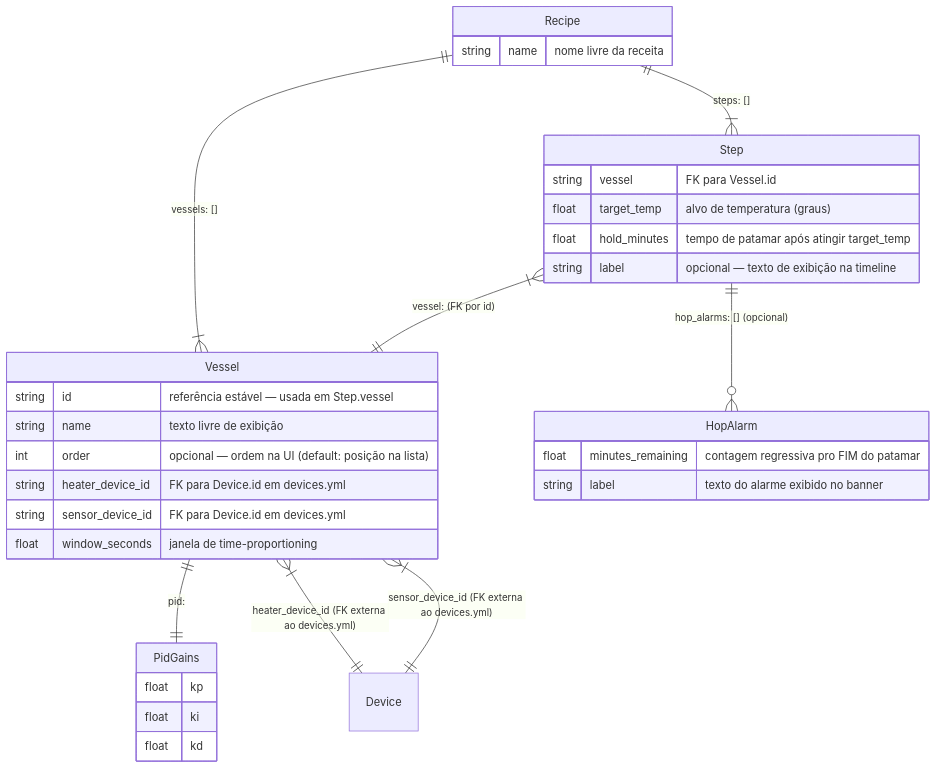
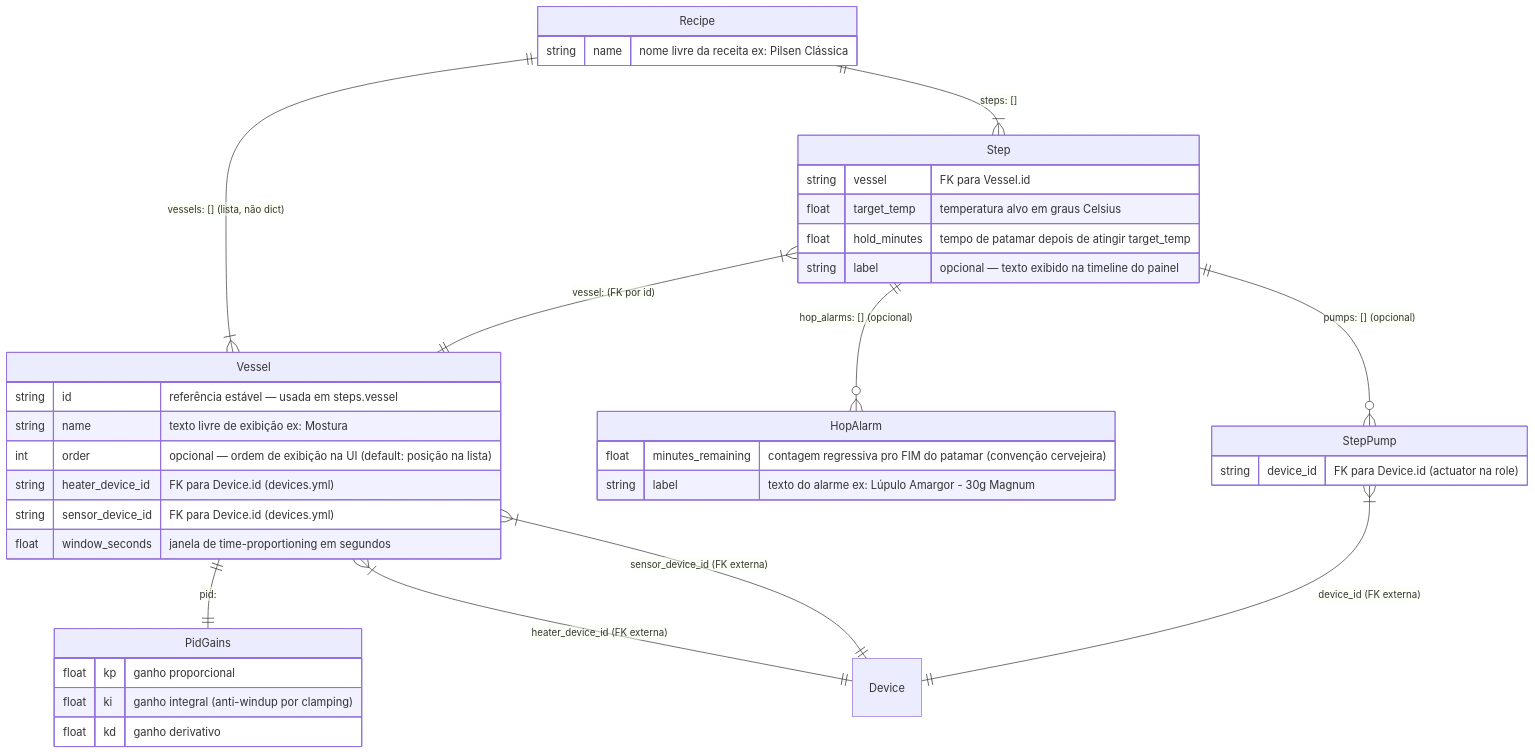
Before and after one commit to ChristopherNicolasSMM/Tesseract-Device-Bridge: the second of 5 diagrams in docs/technical/04-modelo-de-dados.md, drawn with Mermaid. The commit also changed other lines of this file and 9 other files, not shown here.

Commit message:
Docs: atualiza todos os .md com GPIO, logs, servico, ER e casos de uso

````diff
--- a/docs/technical/04-modelo-de-dados.md
+++ b/docs/technical/04-modelo-de-dados.md
@@ -71,37 +93,42 @@
 ```mermaid
 erDiagram
     Recipe {
-        string name "nome livre da receita"
+        string name "nome livre da receita ex: Pilsen Clássica"
     }
     Vessel {
-        string id "referência estável — usada em Step.vessel"
-        string name "texto livre de exibição"
-        int order "opcional — ordem na UI (default: posição na lista)"
-        string heater_device_id "FK para Device.id em devices.yml"
-        string sensor_device_id "FK para Device.id em devices.yml"
-        float window_seconds "janela de time-proportioning"
+        string id "referência estável — usada em steps.vessel"
+        string name "texto livre de exibição ex: Mostura"
+        int order "opcional — ordem de exibição na UI (default: posição na lista)"
+        string heater_device_id "FK para Device.id (devices.yml)"
+        string sensor_device_id "FK para Device.id (devices.yml)"
+        float window_seconds "janela de time-proportioning em segundos"
     }
     PidGains {
-        float kp
-        float ki
-        float kd
+        float kp "ganho proporcional"
+        float ki "ganho integral (anti-windup por clamping)"
+        float kd "ganho derivativo"
     }
     Step {
         string vessel "FK para Vessel.id"
-        float target_temp "alvo de temperatura (graus)"
-        float hold_minutes "tempo de patamar após atingir target_temp"
-        string label "opcional — texto de exibição na timeline"
+        float target_temp "temperatura alvo em graus Celsius"
+        float hold_minutes "tempo de patamar depois de atingir target_temp"
+        string label "opcional — texto exibido na timeline do painel"
     }
     HopAlarm {
-        float minutes_remaining "contagem regressiva pro FIM do patamar"
-        string label "texto do alarme exibido no banner"
+        float minutes_remaining "contagem regressiva pro FIM do patamar (convenção cervejeira)"
+        string label "texto do alarme ex: Lúpulo Amargor - 30g Magnum"
+    }
+    StepPump {
+        string device_id "FK para Device.id (actuator na role)"
     }
 
-    Recipe ||--|{ Vessel : "vessels: []"
+    Recipe ||--|{ Vessel : "vessels: [] (lista, não dict)"
     Recipe ||--|{ Step : "steps: []"
     Vessel ||--|| PidGains : "pid:"
     Step ||--o{ HopAlarm : "hop_alarms: [] (opcional)"
+    Step ||--o{ StepPump : "pumps: [] (opcional)"
     Step }|--|| Vessel : "vessel: (FK por id)"
-    Vessel }|--|| Device : "heater_device_id (FK externa ao devices.yml)"
-    Vessel }|--|| Device : "sensor_device_id (FK externa ao devices.yml)"
+    Vessel }|--|| Device : "heater_device_id (FK externa)"
+    Vessel }|--|| Device : "sensor_device_id (FK externa)"
+    StepPump }|--|| Device : "device_id (FK externa)"
 ```
````
